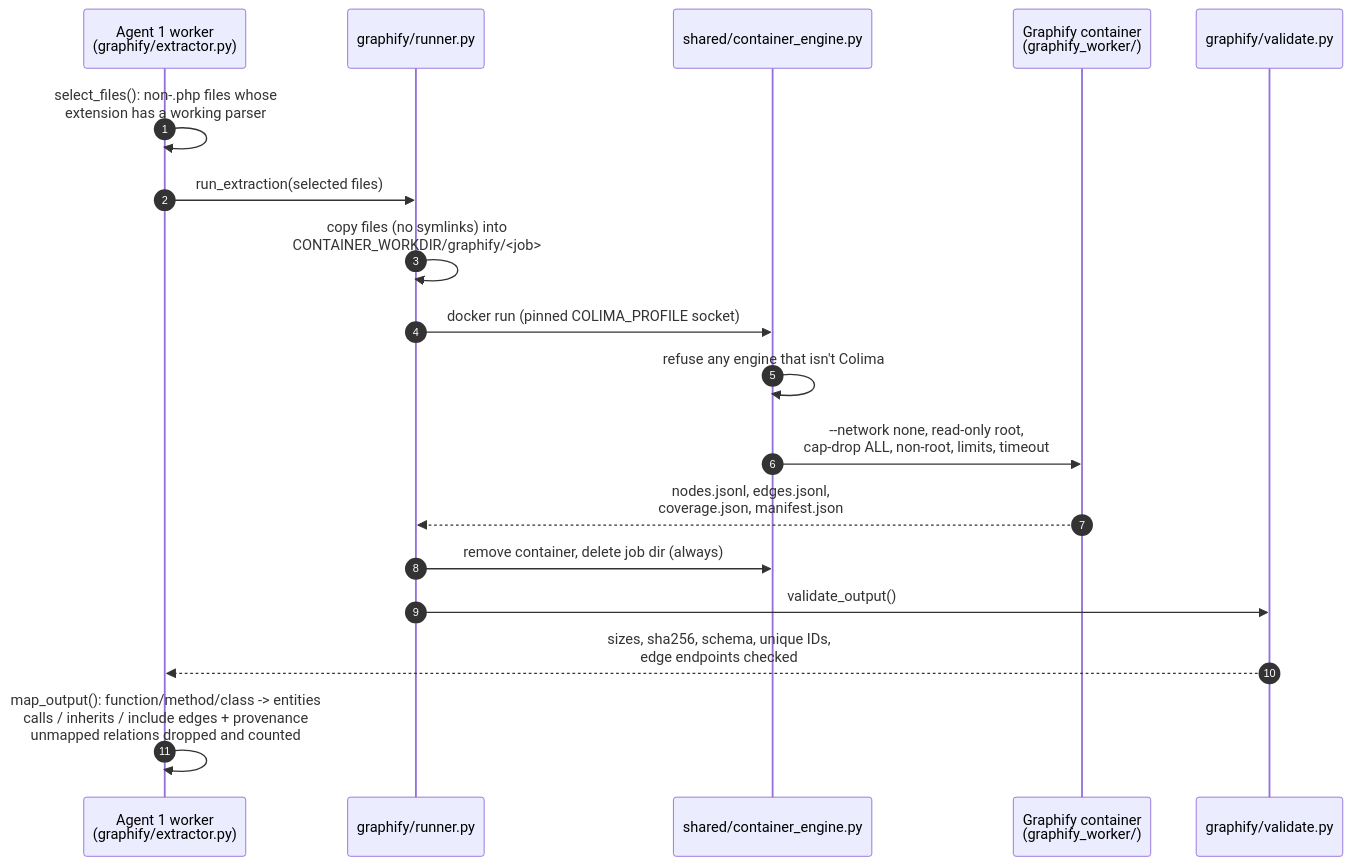
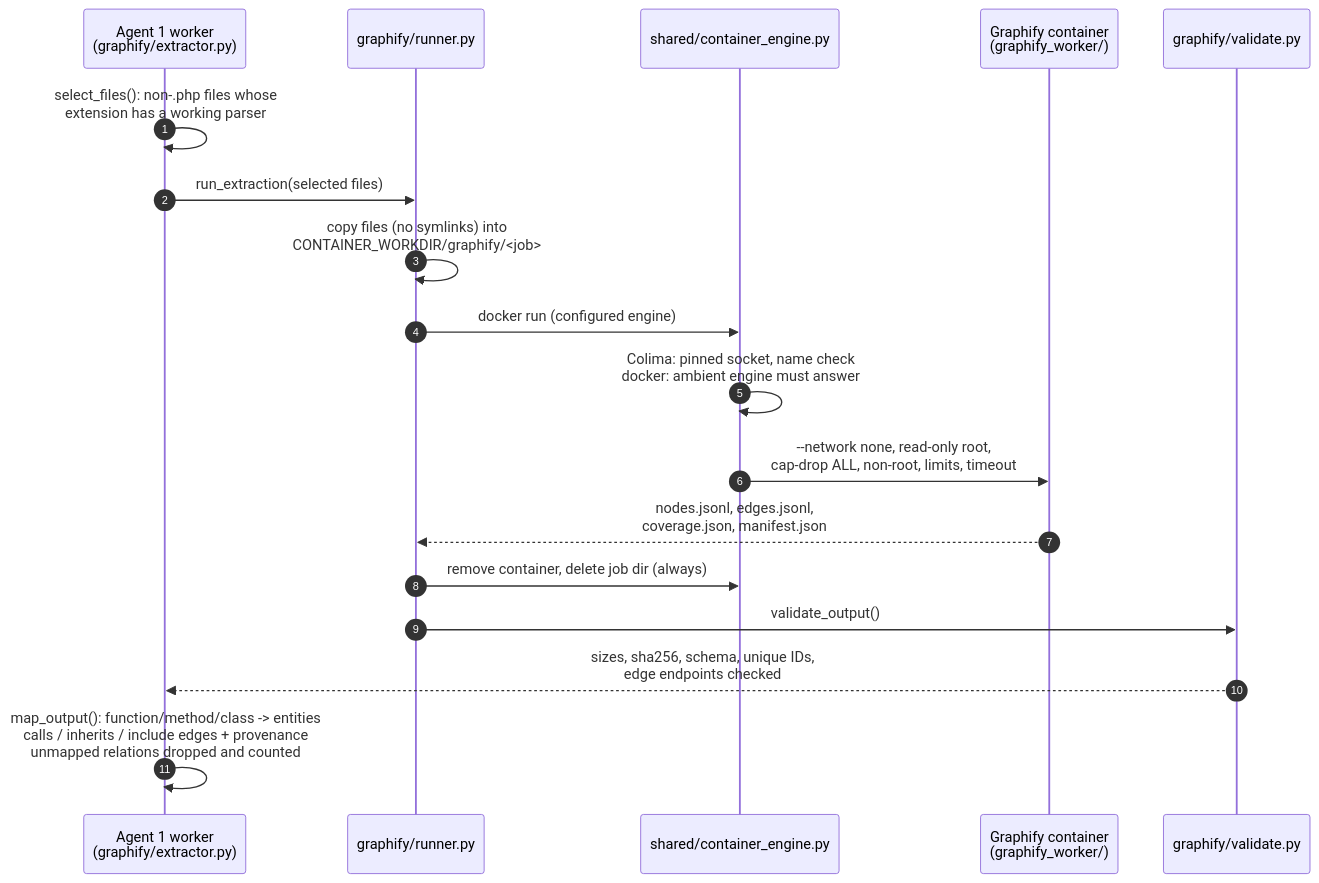
One commit to Arej02/document_analyzer changed the third of 6 diagrams in docs/architecture.md. Above: the diagram before and after it, drawn with Mermaid. The commit also changed other lines of this file and 16 other files, not shown here.

````diff
--- a/docs/architecture.md
+++ b/docs/architecture.md
@@ -110,21 +110,21 @@
 ```mermaid
 sequenceDiagram
     autonumber
     participant W as Agent 1 worker<br/>(graphify/extractor.py)
     participant R as graphify/runner.py
     participant CE as shared/container_engine.py
     participant C as Graphify container<br/>(graphify_worker/)
     participant V as graphify/validate.py
 
     W->>W: select_files(): non-.php files whose<br/>extension has a working parser
     W->>R: run_extraction(selected files)
     R->>R: copy files (no symlinks) into<br/>CONTAINER_WORKDIR/graphify/<job>
-    R->>CE: docker run (pinned COLIMA_PROFILE socket)
-    CE->>CE: refuse any engine that isn't Colima
+    R->>CE: docker run (configured engine)
+    CE->>CE: Colima: pinned socket, name check<br/>docker: ambient engine must answer
     CE->>C: --network none, read-only root,<br/>cap-drop ALL, non-root, limits, timeout
     C-->>R: nodes.jsonl, edges.jsonl,<br/>coverage.json, manifest.json
     R->>CE: remove container, delete job dir (always)
     R->>V: validate_output()
     V-->>W: sizes, sha256, schema, unique IDs,<br/>edge endpoints checked
     W->>W: map_output(): function/method/class -> entities<br/>calls / inherits / include edges + provenance<br/>unmapped relations dropped and counted
 ```
````
